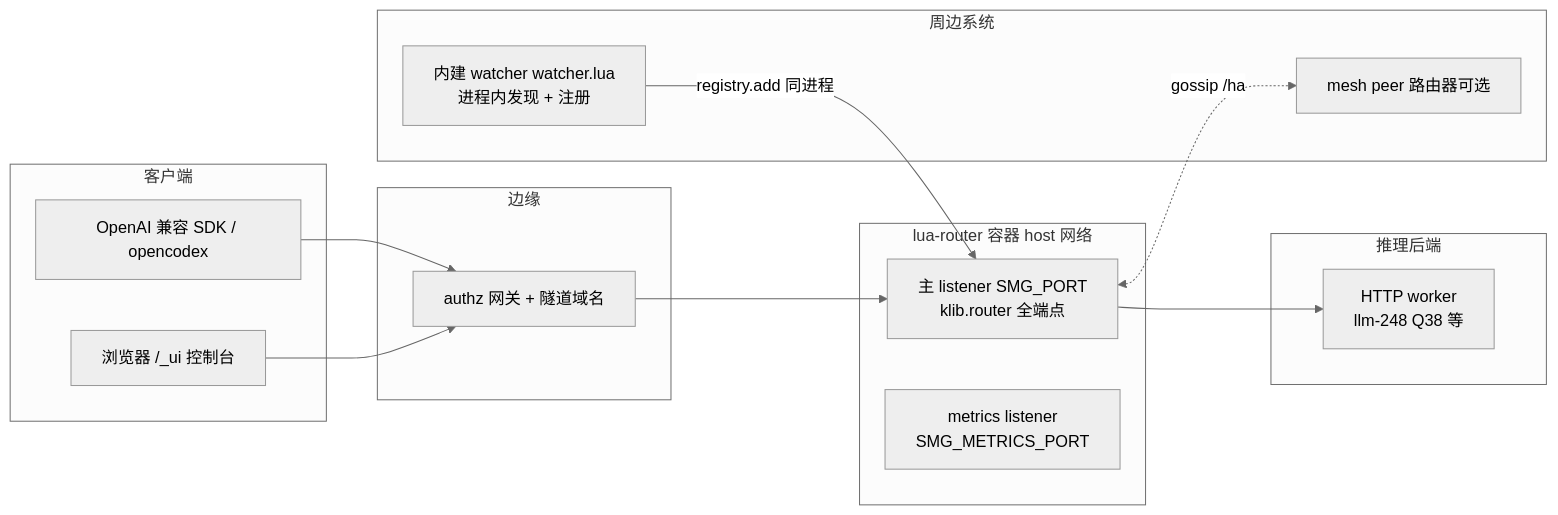
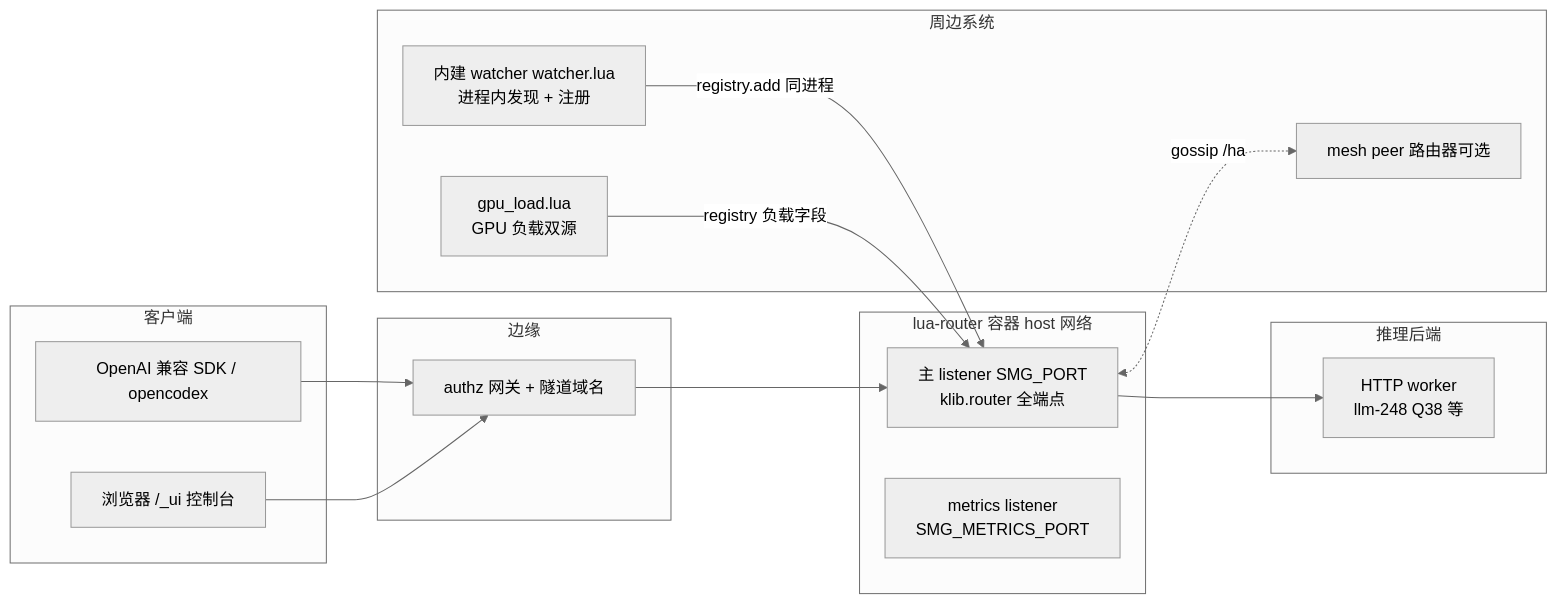
The first of 2 diagrams in doc/architect.md (yorkane/lua-router), drawn with Mermaid (neutral theme) before and after one commit. The commit also changed other lines of this file and 62 other files, not shown here.

````diff
--- a/doc/architect.md
+++ b/doc/architect.md
@@ -18,26 +16,28 @@
 ```mermaid
 flowchart LR
   subgraph clients[客户端]
     C1[OpenAI 兼容 SDK / opencodex]
     C2[浏览器 /_ui 控制台]
   end
   subgraph edge[边缘]
     AZ[authz 网关 + 隧道域名]
   end
   subgraph lr[lua-router 容器 host 网络]
     MAIN[主 listener SMG_PORT<br/>klib.router 全端点]
     MET[metrics listener<br/>SMG_METRICS_PORT]
   end
   subgraph workers[推理后端]
     W1[HTTP worker<br/>llm-248 Q38 等]
   end
   subgraph sidecar[周边系统]
     IW[内建 watcher watcher.lua<br/>进程内发现 + 注册]
+    GL[gpu_load.lua<br/>GPU 负载双源]
     MP[mesh peer 路由器可选]
   end
   C1 --> AZ --> MAIN
   C2 --> AZ
   MAIN --> W1
   IW -- registry.add 同进程 --> MAIN
+  GL -- registry 负载字段 --> MAIN
   MAIN <-. gossip /ha .-> MP
 ```
````
